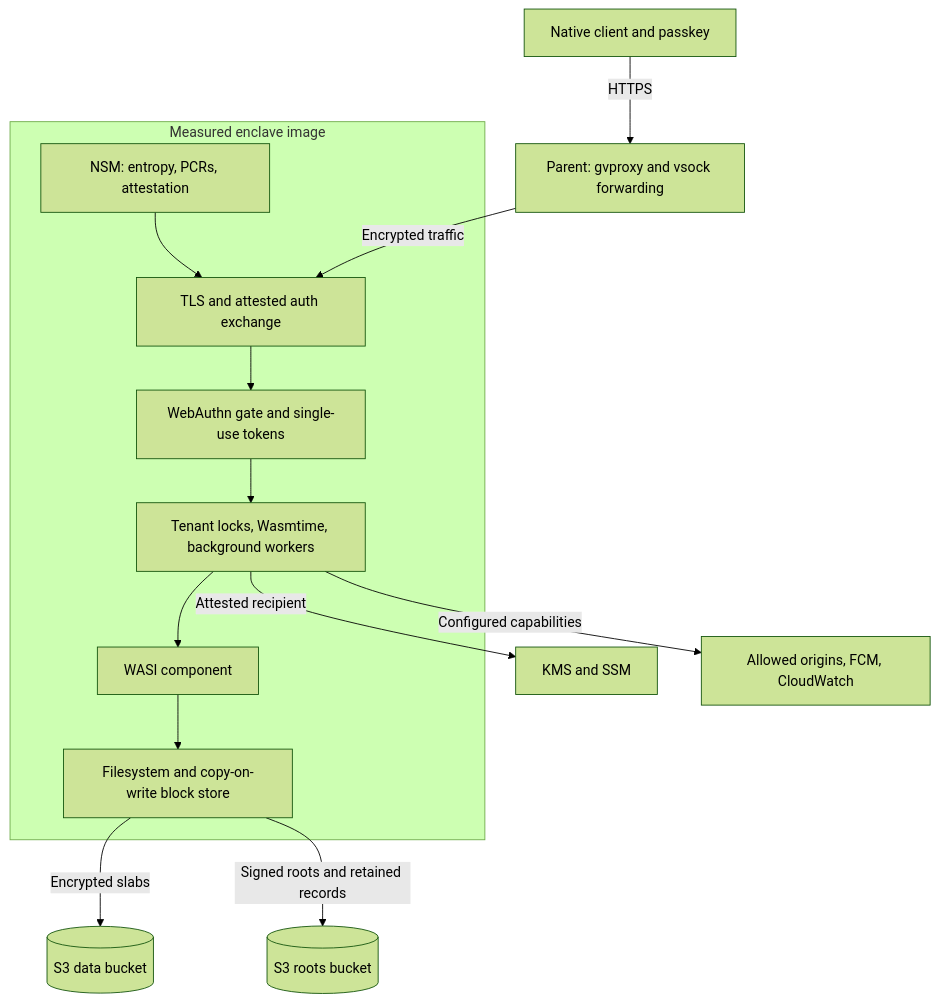
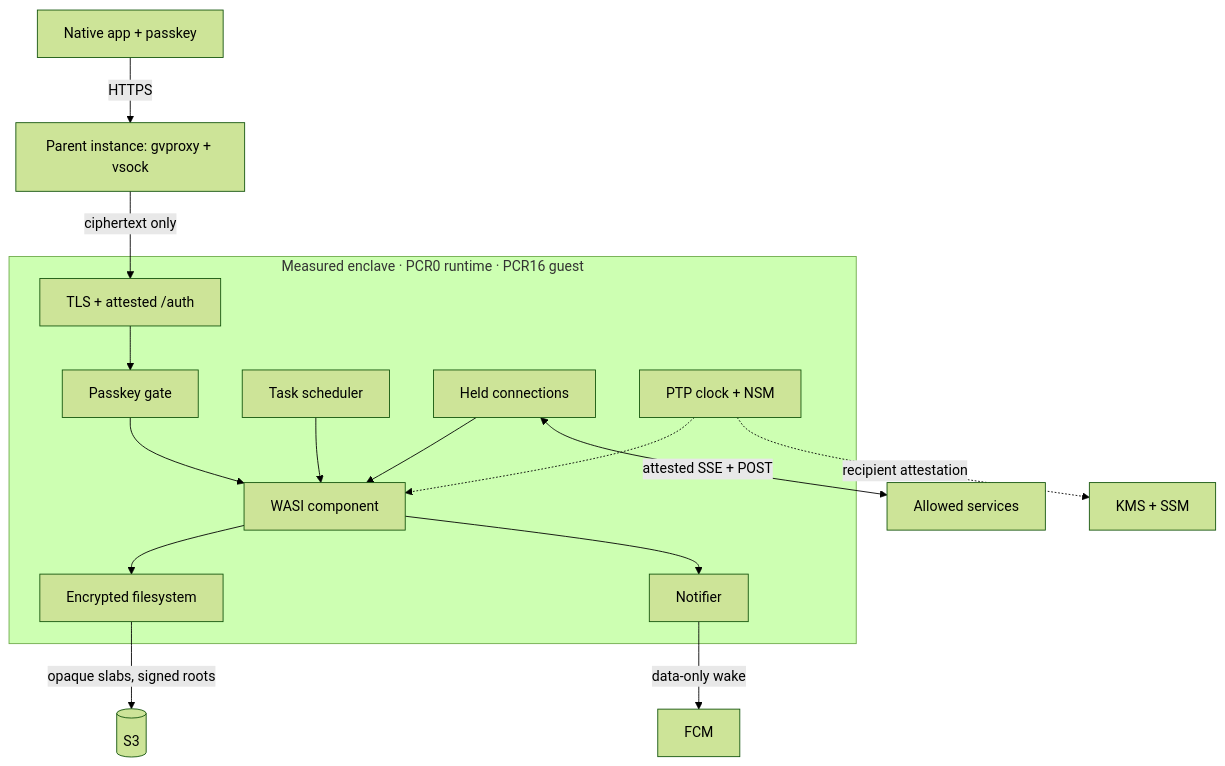
One commit to BitspendPayment/enclave-runtime changed the third of 3 diagrams in README.md. Above: the diagram before and after it, drawn with Mermaid (forest theme). The commit also changed other lines of this file and 1 other file, not shown here.

First line of the commit message:
docs: add STORAGE.md to document the encrypted filesystem and its operations

````diff
--- a/README.md
+++ b/README.md
@@ -122,19 +296,18 @@
 ```mermaid
 flowchart TB
-    Client[Native client and passkey] -->|HTTPS| Parent[Parent: gvproxy and vsock forwarding]
-    subgraph Enclave[Measured enclave image]
-        TLS[TLS and attested auth exchange]
-        Gate[WebAuthn gate and single-use tokens]
-        Runtime[Tenant locks, Wasmtime, background workers]
-        Guest[WASI component]
-        FS[Filesystem and copy-on-write block store]
-        NSM[NSM: entropy, PCRs, attestation]
-        TLS --> Gate --> Runtime --> Guest --> FS
-        NSM --> TLS
+    App["Native app + passkey"] -->|HTTPS| Parent["Parent instance: gvproxy + vsock"]
+    Parent -->|ciphertext only| TLS
+    subgraph Enclave["Measured enclave · PCR0 runtime · PCR16 guest"]
+        TLS["TLS + attested /auth"] --> Gate["Passkey gate"]
+        Gate --> Guest["WASI component"]
+        Sched["Task scheduler"] --> Guest
+        Held["Held connections"] --> Guest
+        Dev["PTP clock + NSM"] -.-> Guest
+        Guest --> FS["Encrypted filesystem"]
+        Guest --> Notify["Notifier"]
     end
-    Parent -->|Encrypted traffic| TLS
-    FS -->|Encrypted slabs| Data[(S3 data bucket)]
-    FS -->|Signed roots and retained records| Roots[(S3 roots bucket)]
-    Runtime -->|Attested recipient| KMS[KMS and SSM]
-    Runtime -->|Configured capabilities| Services[Allowed origins, FCM, CloudWatch]
+    FS -->|opaque slabs, signed roots| S3[("S3")]
+    Dev -.->|recipient attestation| KMS["KMS + SSM"]
+    Held <-->|attested SSE + POST| Svc["Allowed services"]
+    Notify -->|data-only wake| FCM["FCM"]
 ```
````
